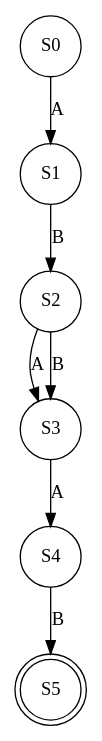
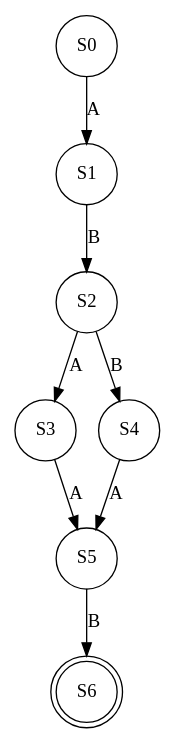
Before and after one commit to AbdelrahmanHamdyy/Regex-MinDFA-Converter: the diagram in nfa.gv, drawn with Graphviz. The commit also changed 2 other files, not shown here.

```diff
--- a/nfa.gv
+++ b/nfa.gv
@@ -1,15 +1,17 @@
 // DFA Visualization
 digraph {
 	S0 [label=S0 shape=circle]
 	S1 [label=S1 shape=circle]
 	S2 [label=S2 shape=circle]
 	S3 [label=S3 shape=circle]
 	S4 [label=S4 shape=circle]
-	S5 [label=S5 shape=doublecircle]
+	S5 [label=S5 shape=circle]
+	S6 [label=S6 shape=doublecircle]
 	S0 -> S1 [label=A]
 	S1 -> S2 [label=B]
 	S2 -> S3 [label=A]
-	S2 -> S3 [label=B]
-	S3 -> S4 [label=A]
-	S4 -> S5 [label=B]
+	S2 -> S4 [label=B]
+	S3 -> S5 [label=A]
+	S4 -> S5 [label=A]
+	S5 -> S6 [label=B]
 }
```
